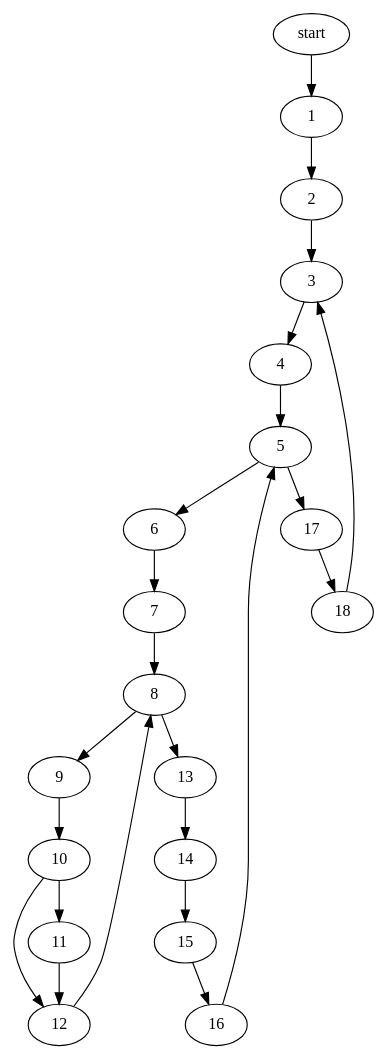
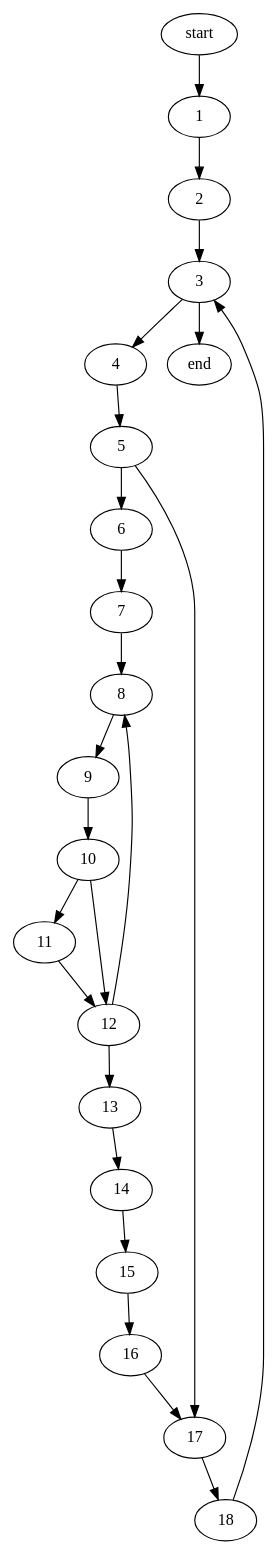
Before and after one commit to Rilord/sem-v-aa: the diagram in dz/operation_graph.dot, drawn with Graphviz. The commit also changed other lines of this file and 3 other files, not shown here.

```diff
--- a/dz/operation_graph.dot
+++ b/dz/operation_graph.dot
@@ -1,24 +1,25 @@
 digraph G {
     start->1;
     1->2;
     2->3;
     3->4;
     4->5;
     5->6;
     6->7;
     7->8;
     8->9;
     9->10;
     10->11;
     11->12;
     10->12;
-    8->13;
+    12->13;
     13->14;
     14->15;
     15->16;
     12->8;
-    16->5;
+    16->17;
     5->17;
     17->18;
     18->3;
+    3->end
 }
```
